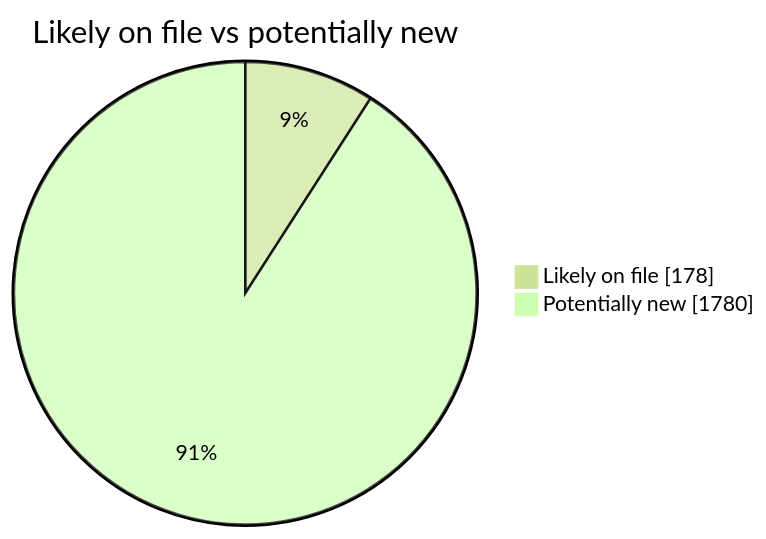
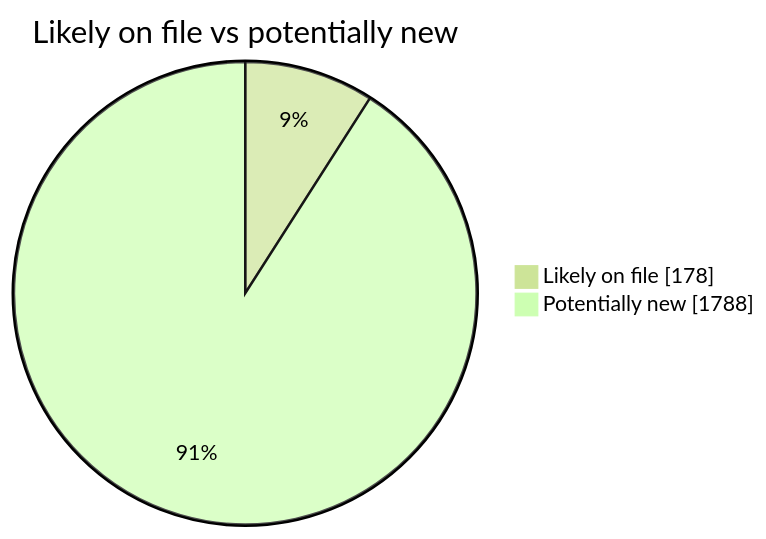
Before and after one commit to martinbalfanz/social-scanner-reports: the second of 4 diagrams in README.md, drawn with Mermaid (forest theme). The commit also changed other lines of this file and 4 other files, not shown here.

````diff
--- a/README.md
+++ b/README.md
@@ -40,5 +40,5 @@
 ```mermaid
 pie showData title Likely on file vs potentially new
     "Likely on file" : 178
-    "Potentially new" : 1780
+    "Potentially new" : 1788
 ```
````
